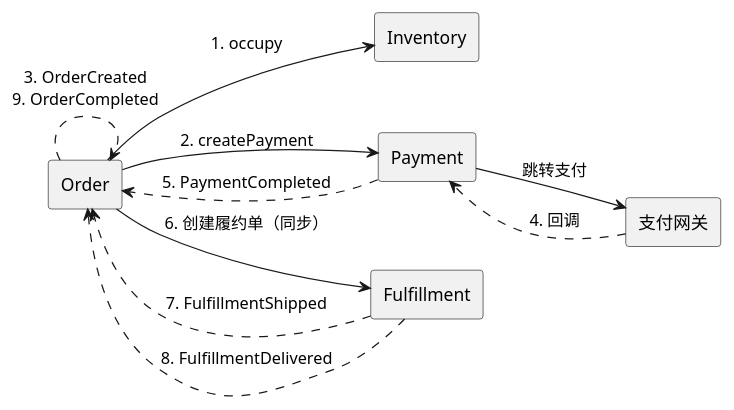
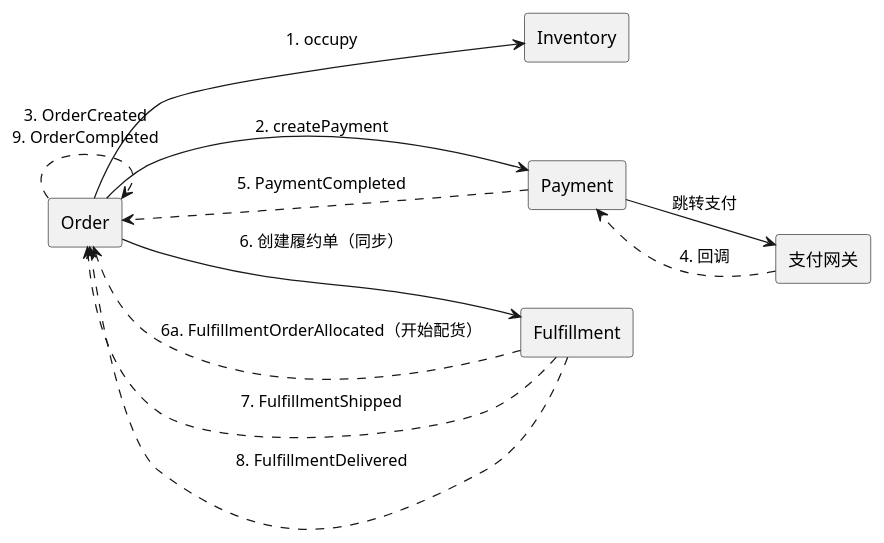
Before and after one commit to mianhe/HMall: the first of 2 diagrams in docs/bounded-contexts/order/event-flow.md, drawn with PlantUML. The commit also changed other lines of this file and 75 other files, not shown here.

````diff
--- a/docs/bounded-contexts/order/event-flow.md
+++ b/docs/bounded-contexts/order/event-flow.md
@@ -38,24 +39,25 @@
 ```plantuml
 @startuml order-event-flow
 skinparam componentStyle rectangle
 left to right direction
 component "Order" as Order
 component "Inventory" as Inventory
 component "Payment" as Payment
 component "Fulfillment" as Fulfillment
 component "支付网关" as Gateway
 Order -[hidden]right-> Inventory
 Inventory -[hidden]right-> Payment
 Payment -[hidden]right-> Fulfillment
 Fulfillment -[hidden]right-> Gateway
 Order --> Inventory : 1. occupy
 Order --> Payment : 2. createPayment
 Order --> Fulfillment : 6. 创建履约单（同步）
 Payment --> Gateway : 跳转支付
 Gateway ..> Payment : 4. 回调
 Payment ..> Order : 5. PaymentCompleted
+Fulfillment ..> Order : 6a. FulfillmentOrderAllocated（开始配货）
 Fulfillment ..> Order : 7. FulfillmentShipped
 Fulfillment ..> Order : 8. FulfillmentDelivered
 Order ..> Order : 3. OrderCreated\n9. OrderCompleted
 @enduml
 ```
````
